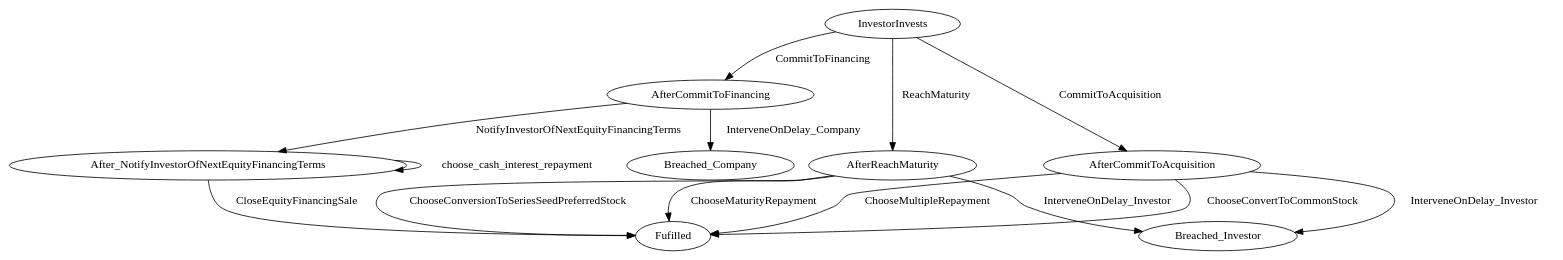
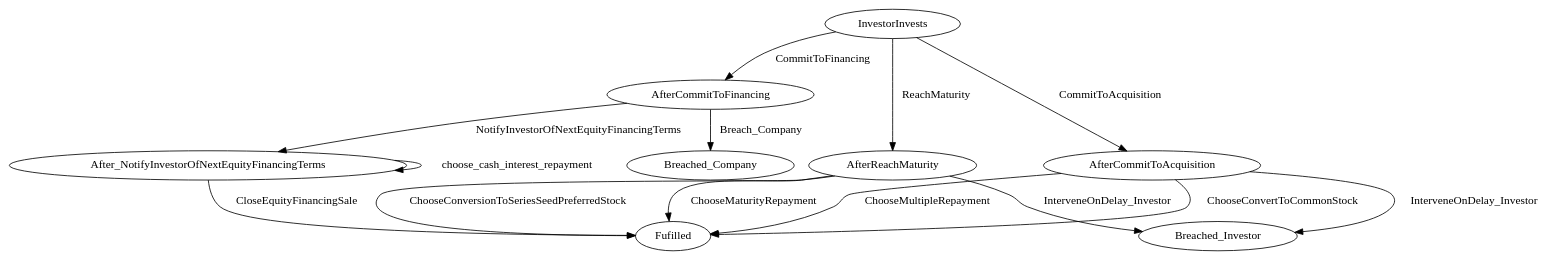
The diagram in L4/pyL4/examples/out_graphviz/serious/KISS.dot (Marcao02/complaw-deeptech), drawn with Graphviz before and after one commit. The commit also changed 29 other files, not shown here.

```diff
--- a/L4/pyL4/examples/out_graphviz/serious/KISS.dot
+++ b/L4/pyL4/examples/out_graphviz/serious/KISS.dot
@@ -1,30 +1,30 @@
 // THIS IS A GENERATED FILE. DO NOT EDIT.
 
 digraph KISS {    
     Fulfilled[label=Fufilled];
     InvestorInvests[label=InvestorInvests];
 	After_NotifyInvestorOfNextEquityFinancingTerms[label=After_NotifyInvestorOfNextEquityFinancingTerms]
         
     
          
     
     
     
     
     InvestorInvests -> AfterCommitToAcquisition [label=CommitToAcquisition];
 	InvestorInvests -> AfterCommitToFinancing [label=CommitToFinancing];
 	InvestorInvests -> AfterReachMaturity [label=ReachMaturity];
 	AfterCommitToFinancing -> After_NotifyInvestorOfNextEquityFinancingTerms [label=NotifyInvestorOfNextEquityFinancingTerms];
-	AfterCommitToFinancing -> Breached_Company [label=InterveneOnDelay_Company];
+	AfterCommitToFinancing -> Breached_Company [label=Breach_Company];
 	After_NotifyInvestorOfNextEquityFinancingTerms -> Fulfilled [label=CloseEquityFinancingSale];
 	AfterCommitToAcquisition -> Fulfilled [label=ChooseMultipleRepayment];
 	AfterCommitToAcquisition -> Fulfilled [label=ChooseConvertToCommonStock];
 	AfterCommitToAcquisition -> Breached_Investor [label=InterveneOnDelay_Investor];
 	AfterReachMaturity -> Fulfilled [label=ChooseConversionToSeriesSeedPreferredStock];
 	AfterReachMaturity -> Fulfilled [label=ChooseMaturityRepayment];
 	AfterReachMaturity -> Breached_Investor [label=InterveneOnDelay_Investor];
 	     
     
     After_NotifyInvestorOfNextEquityFinancingTerms -> After_NotifyInvestorOfNextEquityFinancingTerms [label=choose_cash_interest_repayment];
 	   
 }
```
